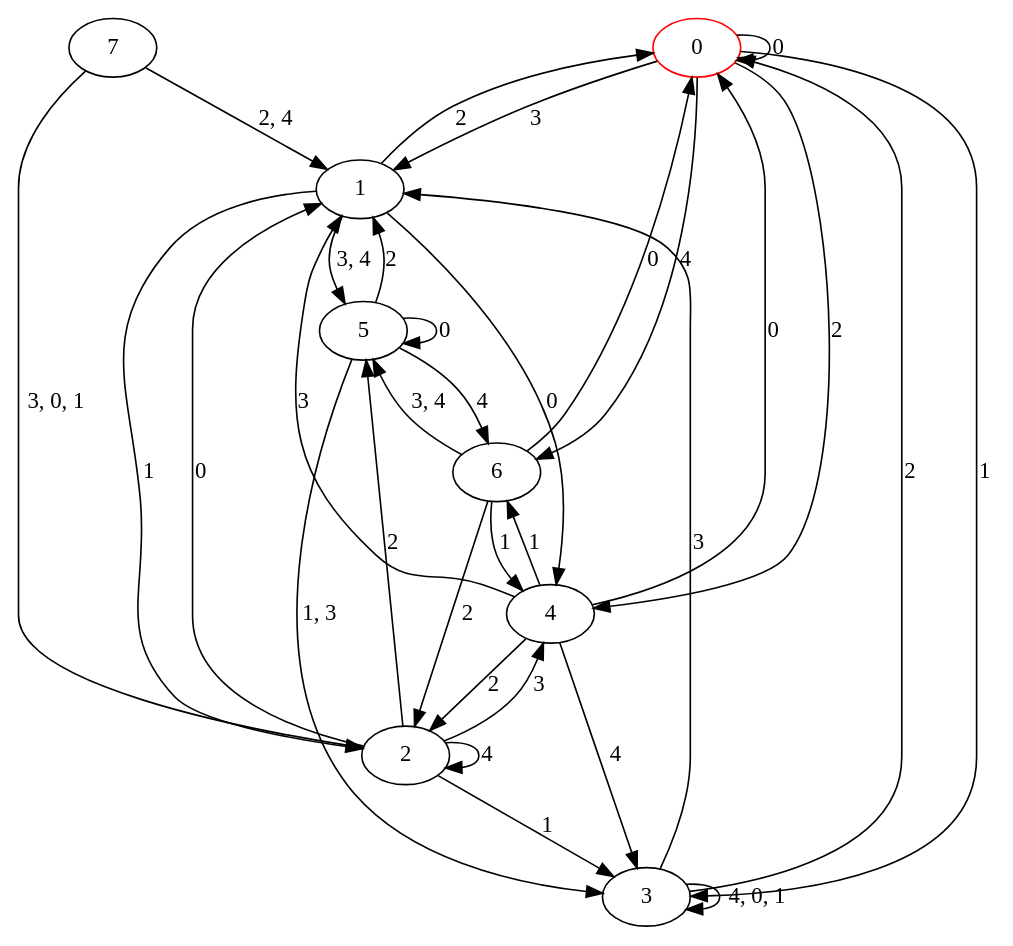
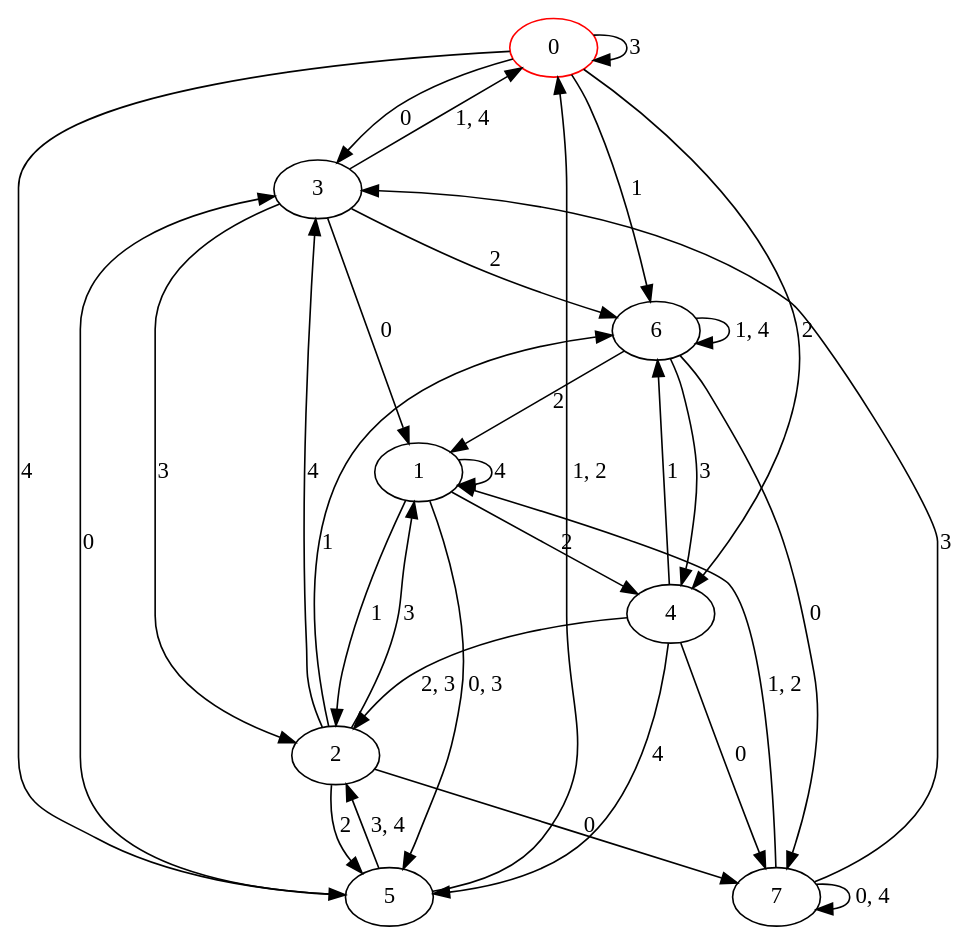
The diagram in automata/res/dfa_s8_r5/s8_r5.dot (Jakub-Ciecierski/AutomatonOptimization), drawn with Graphviz before and after one commit. The commit also changed 41 other files, not shown here.

```diff
--- a/automata/res/dfa_s8_r5/s8_r5.dot
+++ b/automata/res/dfa_s8_r5/s8_r5.dot
@@ -1,42 +1,42 @@
 digraph g {
 0 [label= "0"] [color="red"];
 1 [label= "1"];
 2 [label= "2"];
 3 [label= "3"];
 4 [label= "4"];
 5 [label= "5"];
 6 [label= "6"];
 7 [label= "7"];
-0 -> 0[label= "0"];
-0 -> 3[label= "1"];
+0 -> 3[label= "0"];
+0 -> 6[label= "1"];
 0 -> 4[label= "2"];
-0 -> 1[label= "3"];
-0 -> 6[label= "4"];
-1 -> 4[label= "0"];
+0 -> 0[label= "3"];
+0 -> 5[label= "4"];
 1 -> 2[label= "1"];
-1 -> 0[label= "2"];
-2 -> 1[label= "0"];
-2 -> 3[label= "1"];
+1 -> 4[label= "2"];
+1 -> 1[label= "4"];
+2 -> 7[label= "0"];
+2 -> 6[label= "1"];
 2 -> 5[label= "2"];
-2 -> 4[label= "3"];
-2 -> 2[label= "4"];
-3 -> 0[label= "2"];
-3 -> 1[label= "3"];
-4 -> 0[label= "0"];
+2 -> 1[label= "3"];
+2 -> 3[label= "4"];
+3 -> 1[label= "0"];
+3 -> 6[label= "2"];
+3 -> 2[label= "3"];
+4 -> 7[label= "0"];
 4 -> 6[label= "1"];
-4 -> 2[label= "2"];
-4 -> 1[label= "3"];
-4 -> 3[label= "4"];
-5 -> 5[label= "0"];
-5 -> 1[label= "2"];
-5 -> 6[label= "4"];
-6 -> 0[label= "0"];
-6 -> 4[label= "1"];
-6 -> 2[label= "2"];
-1 -> 5[label= "3, 4"];
-3 -> 3[label= "4, 0, 1"];
-5 -> 3[label= "1, 3"];
-6 -> 5[label= "3, 4"];
-7 -> 1[label= "2, 4"];
-7 -> 2[label= "3, 0, 1"];
+4 -> 5[label= "4"];
+5 -> 3[label= "0"];
+6 -> 7[label= "0"];
+6 -> 1[label= "2"];
+6 -> 4[label= "3"];
+7 -> 3[label= "3"];
+1 -> 5[label= "0, 3"];
+3 -> 0[label= "1, 4"];
+4 -> 2[label= "2, 3"];
+5 -> 0[label= "1, 2"];
+5 -> 2[label= "3, 4"];
+6 -> 6[label= "1, 4"];
+7 -> 7[label= "0, 4"];
+7 -> 1[label= "1, 2"];
 }
```
